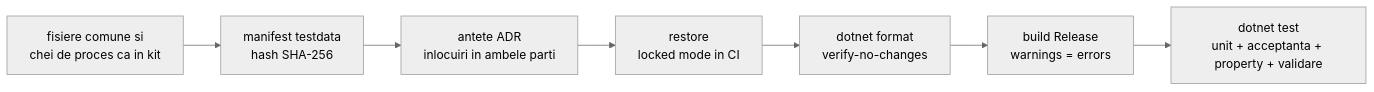
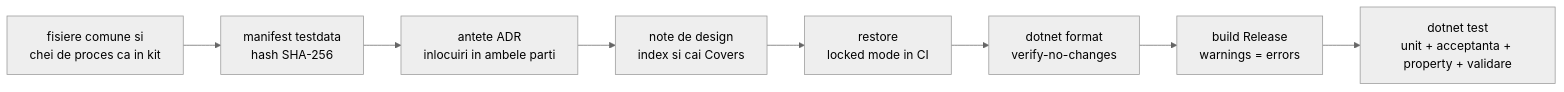
Before and after one commit to tcarean/AstroDarkroom: the first of 2 diagrams in ClaudeCodeStarterKit/GHID.md, drawn with Mermaid (neutral theme). The commit also changed other lines of this file and 11 other files, not shown here.

Commit message:
Keep how code works in design notes, and check their index and Covers paths at every commit

````diff
--- a/ClaudeCodeStarterKit/GHID.md
+++ b/ClaudeCodeStarterKit/GHID.md
@@ -95,9 +95,10 @@
 ```mermaid
 flowchart LR
   K[fisiere comune si<br/>chei de proces ca in kit] --> A[manifest testdata<br/>hash SHA-256]
   A --> AD[antete ADR<br/>inlocuiri in ambele parti]
-  AD --> B[restore<br/>locked mode in CI]
+  AD --> DN[note de design<br/>index si cai Covers]
+  DN --> B[restore<br/>locked mode in CI]
   B --> C[dotnet format<br/>verify-no-changes]
   C --> D[build Release<br/>warnings = errors]
   D --> E[dotnet test<br/>unit + acceptanta + property + validare]
 ```
````
